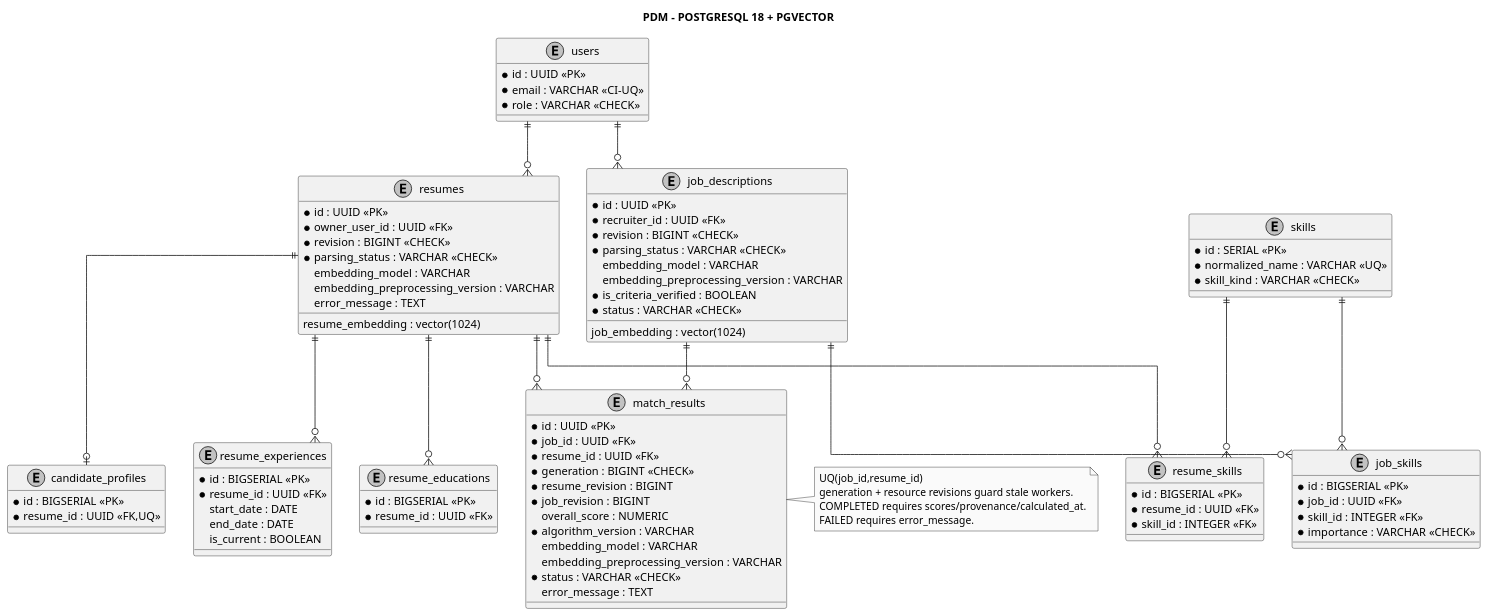
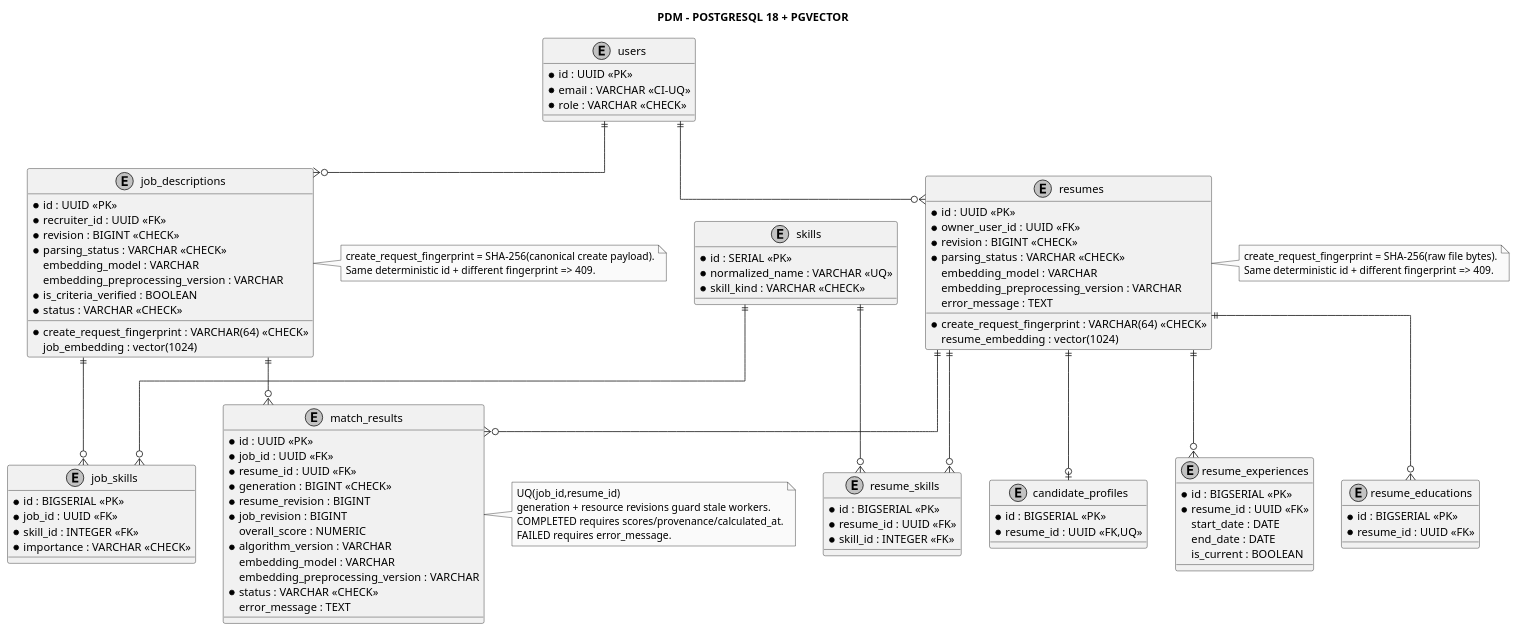
Before and after one commit to anh632k-ui/WebCVUngVienTuyenDung: the diagram in docs/05_database/PDM/03_pdm_physical_erd.puml, drawn with PlantUML.

Commit message:
docs(db): show idempotency fingerprints in PDM

```diff
--- a/docs/05_database/PDM/03_pdm_physical_erd.puml
+++ b/docs/05_database/PDM/03_pdm_physical_erd.puml
@@ -1,97 +1,109 @@
 @startuml
 skinparam monochrome true
 skinparam shadowing false
 skinparam linetype ortho
 title PDM - POSTGRESQL 18 + PGVECTOR
 
 entity users {
  * id : UUID <<PK>>
  * email : VARCHAR <<CI-UQ>>
  * role : VARCHAR <<CHECK>>
 }
 entity skills {
  * id : SERIAL <<PK>>
  * normalized_name : VARCHAR <<UQ>>
  * skill_kind : VARCHAR <<CHECK>>
 }
 entity resumes {
  * id : UUID <<PK>>
  * owner_user_id : UUID <<FK>>
+ * create_request_fingerprint : VARCHAR(64) <<CHECK>>
  * revision : BIGINT <<CHECK>>
  * parsing_status : VARCHAR <<CHECK>>
  resume_embedding : vector(1024)
  embedding_model : VARCHAR
  embedding_preprocessing_version : VARCHAR
  error_message : TEXT
 }
 entity candidate_profiles {
  * id : BIGSERIAL <<PK>>
  * resume_id : UUID <<FK,UQ>>
 }
 entity resume_skills {
  * id : BIGSERIAL <<PK>>
  * resume_id : UUID <<FK>>
  * skill_id : INTEGER <<FK>>
 }
 entity resume_experiences {
  * id : BIGSERIAL <<PK>>
  * resume_id : UUID <<FK>>
  start_date : DATE
  end_date : DATE
  is_current : BOOLEAN
 }
 entity resume_educations {
  * id : BIGSERIAL <<PK>>
  * resume_id : UUID <<FK>>
 }
 entity job_descriptions {
  * id : UUID <<PK>>
  * recruiter_id : UUID <<FK>>
+ * create_request_fingerprint : VARCHAR(64) <<CHECK>>
  * revision : BIGINT <<CHECK>>
  * parsing_status : VARCHAR <<CHECK>>
  job_embedding : vector(1024)
  embedding_model : VARCHAR
  embedding_preprocessing_version : VARCHAR
  * is_criteria_verified : BOOLEAN
  * status : VARCHAR <<CHECK>>
 }
 entity job_skills {
  * id : BIGSERIAL <<PK>>
  * job_id : UUID <<FK>>
  * skill_id : INTEGER <<FK>>
  * importance : VARCHAR <<CHECK>>
 }
 entity match_results {
  * id : UUID <<PK>>
  * job_id : UUID <<FK>>
  * resume_id : UUID <<FK>>
  * generation : BIGINT <<CHECK>>
  * resume_revision : BIGINT
  * job_revision : BIGINT
  overall_score : NUMERIC
  * algorithm_version : VARCHAR
  embedding_model : VARCHAR
  embedding_preprocessing_version : VARCHAR
  * status : VARCHAR <<CHECK>>
  error_message : TEXT
 }
 
 users ||--o{ resumes
 users ||--o{ job_descriptions
 resumes ||--o| candidate_profiles
 resumes ||--o{ resume_skills
 skills ||--o{ resume_skills
 resumes ||--o{ resume_experiences
 resumes ||--o{ resume_educations
 job_descriptions ||--o{ job_skills
 skills ||--o{ job_skills
 job_descriptions ||--o{ match_results
 resumes ||--o{ match_results
 
+note right of resumes
+create_request_fingerprint = SHA-256(raw file bytes).
+Same deterministic id + different fingerprint => 409.
+end note
+
+note right of job_descriptions
+create_request_fingerprint = SHA-256(canonical create payload).
+Same deterministic id + different fingerprint => 409.
+end note
+
 note right of match_results
 UQ(job_id,resume_id)
 generation + resource revisions guard stale workers.
 COMPLETED requires scores/provenance/calculated_at.
 FAILED requires error_message.
 end note
 @enduml
```
